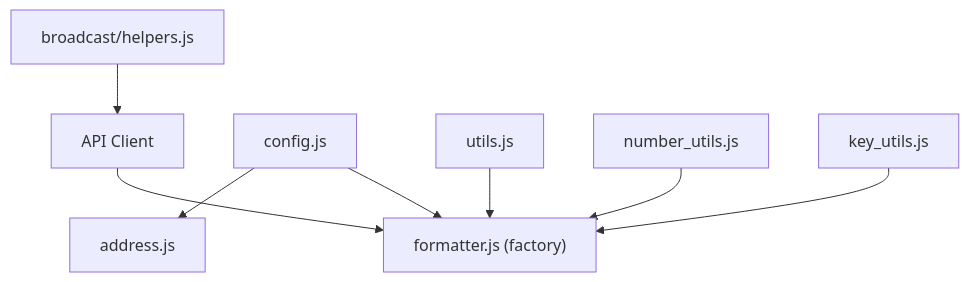
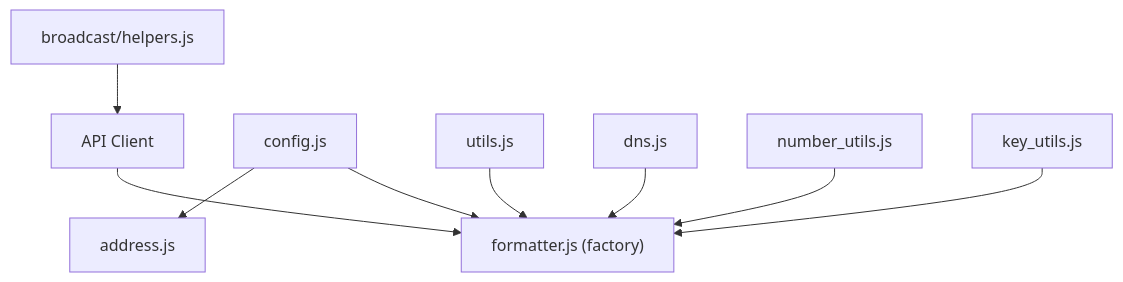
One commit to VIZ-Blockchain/viz-js-lib changed the second of 11 diagrams in .qoder/repowiki/en/content/Utilities & Helpers.md. Above: the diagram before and after it, drawn with Mermaid. The commit also changed other lines of this file and 2 other files, not shown here.

First line of the commit message:
feat(dns): add comprehensive DNS nameserver module and tests

````diff
--- a/.qoder/repowiki/en/content/Utilities & Helpers.md
+++ b/.qoder/repowiki/en/content/Utilities & Helpers.md
@@ -122,18 +141,20 @@
 ```mermaid
 graph TB
 API["API Client"]
 FMT["formatter.js (factory)"]
 CFG["config.js"]
 UTL["utils.js"]
+DNS["dns.js"]
 NMB["number_utils.js"]
 KEY["key_utils.js"]
 ADH["address.js"]
 BHL["broadcast/helpers.js"]
 API --> FMT
 CFG --> FMT
 CFG --> ADH
 KEY --> FMT
 NMB --> FMT
 UTL --> FMT
+DNS --> FMT
 BHL --> API
 ```
````
